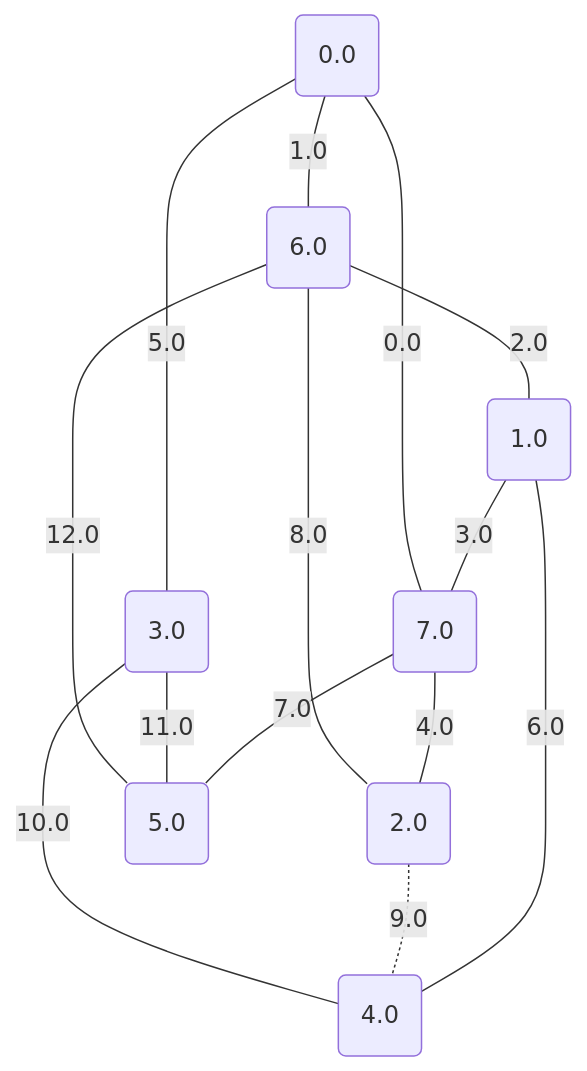
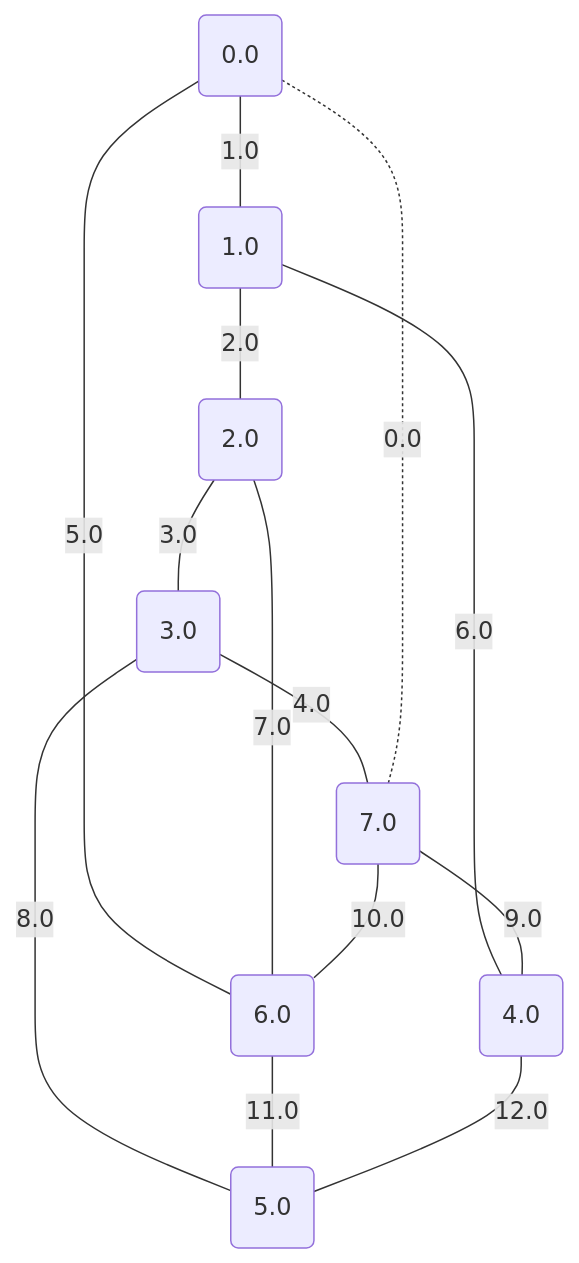
The sixth of 17 diagrams in project/src/testing/minCutPetersen.md (metury/graphs), drawn with Mermaid before and after one commit. The commit also changed other lines of this file and 2 other files, not shown here.

````diff
--- a/project/src/testing/minCutPetersen.md
+++ b/project/src/testing/minCutPetersen.md
@@ -164,24 +164,24 @@
 ```mermaid
 graph TD;
 0("0.0");
 1("1.0");
 2("2.0");
 3("3.0");
 4("4.0");
 5("5.0");
 6("6.0");
 7("7.0");
-	7 -- "0.0" --- 0;
-	0 -- "1.0" --- 6;
-	6 -- "2.0" --- 1;
-	1 -- "3.0" --- 7;
-	7 -- "4.0" --- 2;
-	0 -- "5.0" --- 3;
+	7 -. "0.0" -.- 0;
+	0 -- "1.0" --- 1;
+	1 -- "2.0" --- 2;
+	2 -- "3.0" --- 3;
+	3 -- "4.0" --- 7;
+	0 -- "5.0" --- 6;
 	1 -- "6.0" --- 4;
-	7 -- "7.0" --- 5;
-	2 -- "8.0" --- 6;
-	2 -. "9.0" -.- 4;
-	3 -- "10.0" --- 4;
-	3 -- "11.0" --- 5;
-	6 -- "12.0" --- 5;
+	2 -- "7.0" --- 6;
+	3 -- "8.0" --- 5;
+	7 -- "9.0" --- 4;
+	7 -- "10.0" --- 6;
+	6 -- "11.0" --- 5;
+	4 -- "12.0" --- 5;
 ```
````
